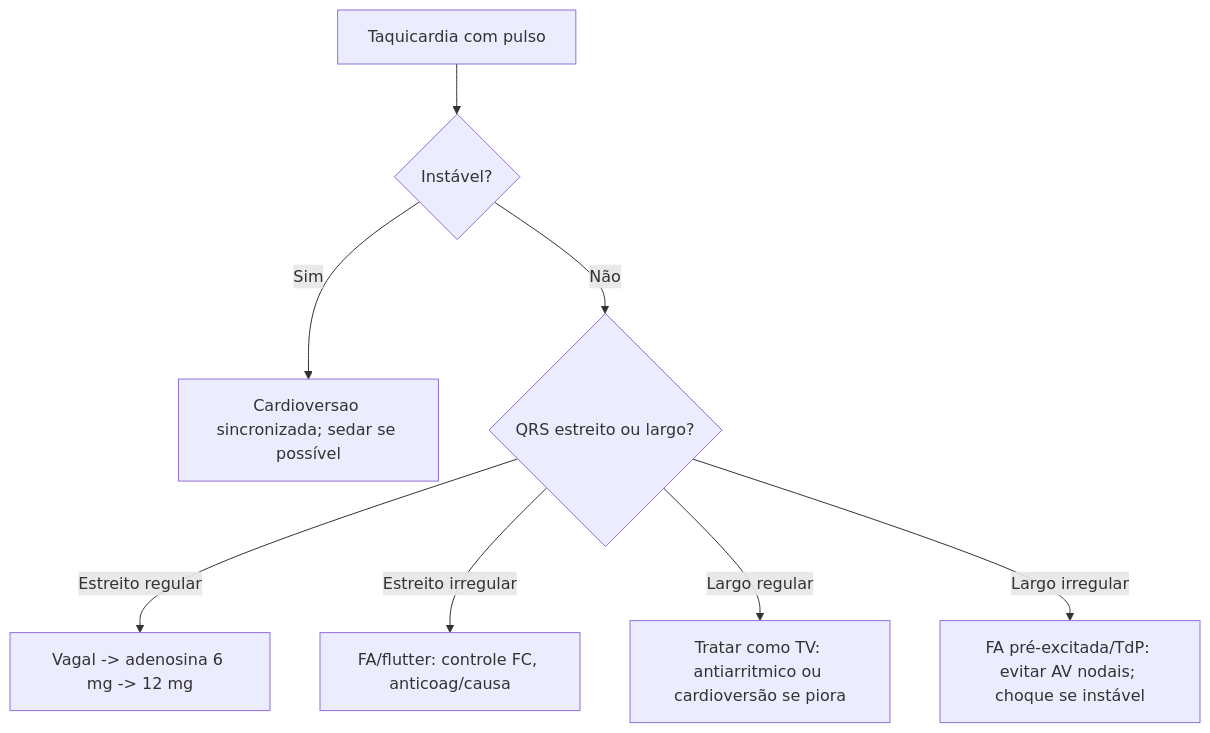
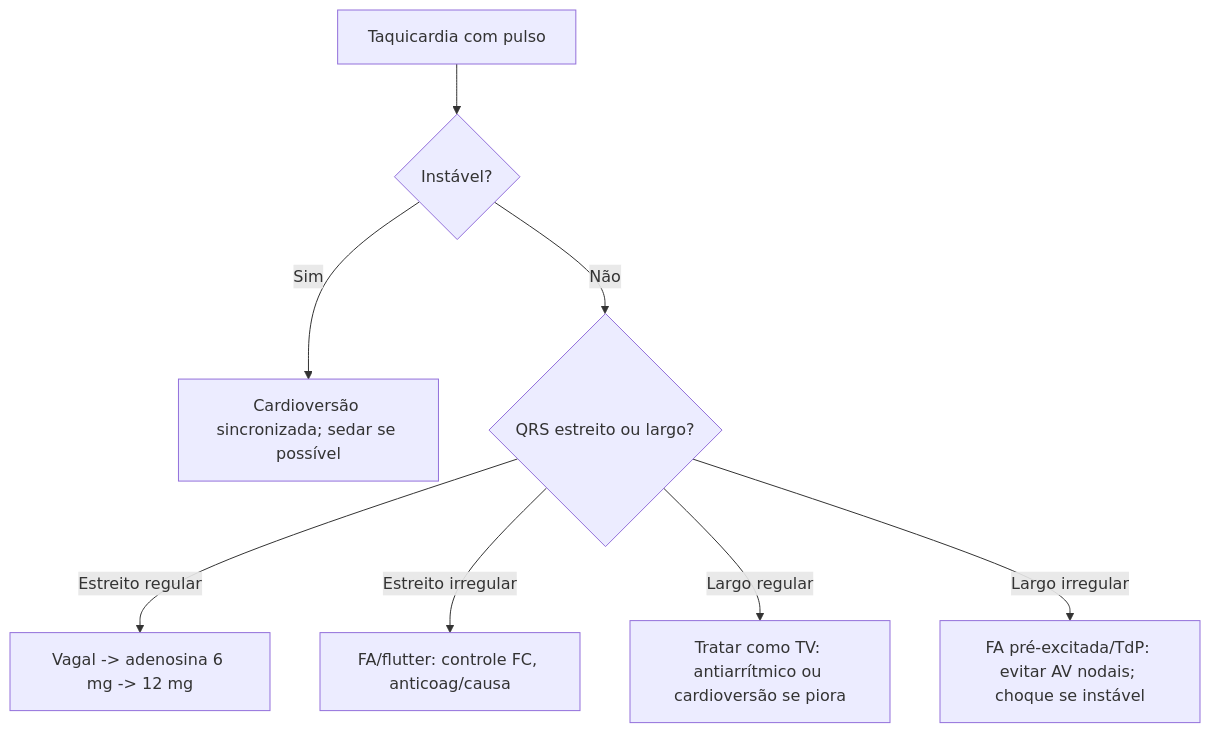
Before and after one commit to ThiagoPersona/emergencia26: the second of 3 diagrams in Intensivao/temas/005_sca-arritmias-hipertensivas.md, drawn with Mermaid. The commit also changed other lines of this file and 12 other files, not shown here.

````diff
--- a/Intensivao/temas/005_sca-arritmias-hipertensivas.md
+++ b/Intensivao/temas/005_sca-arritmias-hipertensivas.md
@@ -198,10 +220,10 @@
 ```mermaid
 flowchart TD
     A["Taquicardia com pulso"] --> B{"Instável?"}
-    B -->|Sim| C["Cardioversao sincronizada; sedar se possível"]
+    B -->|Sim| C["Cardioversão sincronizada; sedar se possível"]
     B -->|Não| D{"QRS estreito ou largo?"}
     D -->|Estreito regular| E["Vagal -> adenosina 6 mg -> 12 mg"]
     D -->|Estreito irregular| F["FA/flutter: controle FC, anticoag/causa"]
-    D -->|Largo regular| G["Tratar como TV: antiarritmico ou cardioversão se piora"]
+    D -->|Largo regular| G["Tratar como TV: antiarrítmico ou cardioversão se piora"]
     D -->|Largo irregular| H["FA pré-excitada/TdP: evitar AV nodais; choque se instável"]
 ```
````
